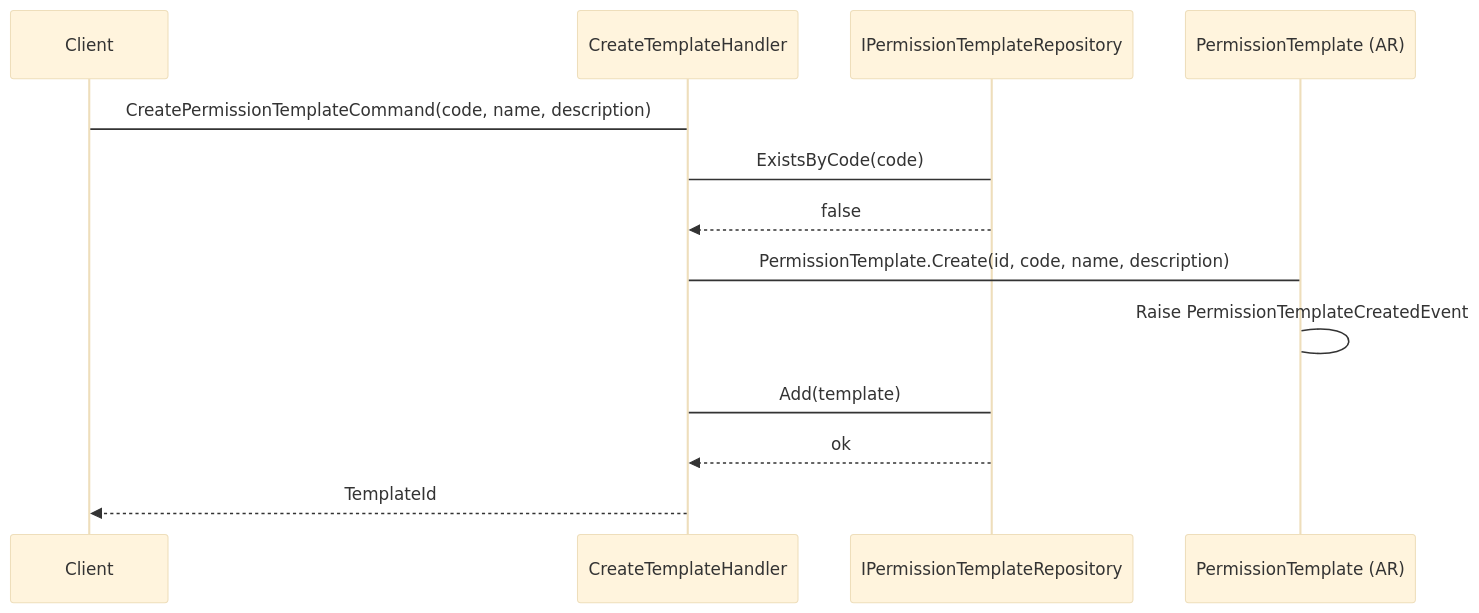
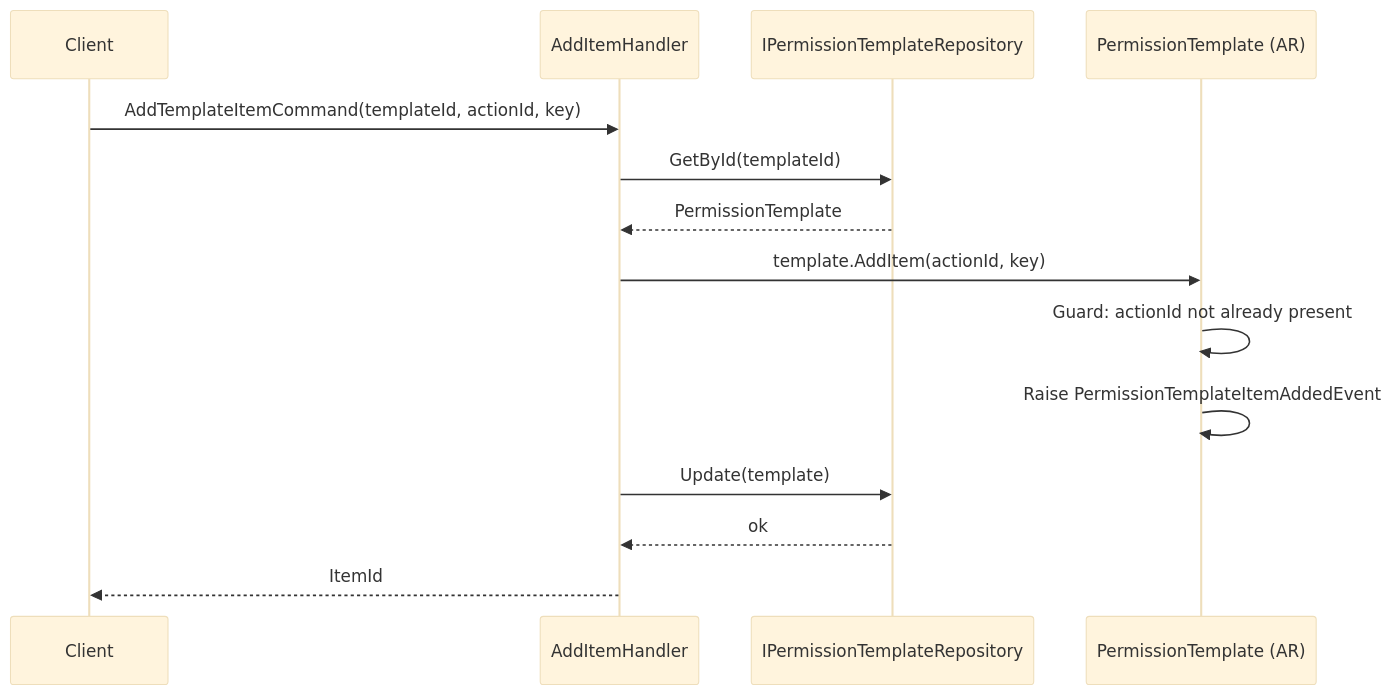
The second of 3 diagrams in docs/domain/authorization/permission-template.md (beyondnetcode/ums), drawn with Mermaid (base theme) before and after one commit. The commit also changed other lines of this file and 19 other files, not shown here.

````diff
--- a/docs/domain/authorization/permission-template.md
+++ b/docs/domain/authorization/permission-template.md
@@ -88,16 +105,17 @@
 ```mermaid
 sequenceDiagram
     participant C as Client
-    participant H as CreateTemplateHandler
+    participant H as AddItemHandler
     participant R as IPermissionTemplateRepository
     participant T as PermissionTemplate (AR)
 
-    C->H: CreatePermissionTemplateCommand(code, name, description)
-    H->R: ExistsByCode(code)
-    R-->>H: false
-    H->T: PermissionTemplate.Create(id, code, name, description)
-    T->T: Raise PermissionTemplateCreatedEvent
-    H->R: Add(template)
+    C->>H: AddTemplateItemCommand(templateId, actionId, key)
+    H->>R: GetById(templateId)
+    R-->>H: PermissionTemplate
+    H->>T: template.AddItem(actionId, key)
+    T->>T: Guard: actionId not already present
+    T->>T: Raise PermissionTemplateItemAddedEvent
+    H->>R: Update(template)
     R-->>H: ok
-    H-->>C: TemplateId
+    H-->>C: ItemId
 ```
````
